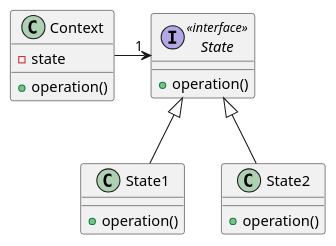
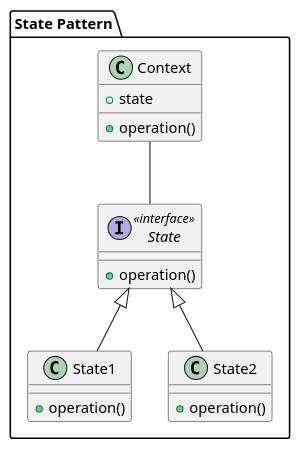
One commit to nhjschulz/cfsm changed the diagram in doc/cfsm_statepattern.puml. Above: the diagram before and after it, drawn with PlantUML. The commit also changed 1 other file, not shown here.

Commit message:
DOC: Add Mario state diagram example

```diff
--- a/doc/cfsm_statepattern.puml
+++ b/doc/cfsm_statepattern.puml
@@ -1,25 +1,27 @@
 @startuml State Pattern
 
+package "State Pattern" {
+
 class Context {
-    -state
+    +state
     +operation()
 }
 
 interface State <<interface>> {
     +operation()
 }
 
 class State1 {
     +operation()
 }
 
 class State2 {
     +operation()
 }
 
-Context -r-> "1" State
-State <|-- State1
-State <|-- State2
+Context --  State
+State <|-d- State1
+State <|-d- State2
 
-
+}
 @enduml
```
